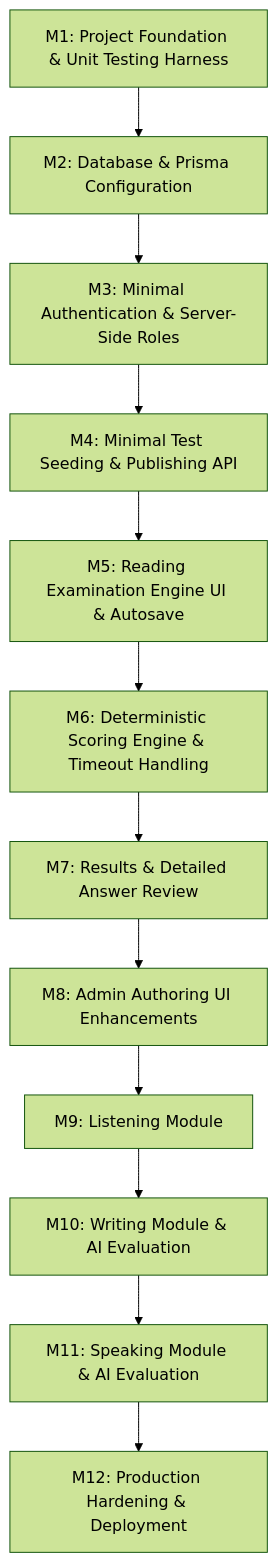
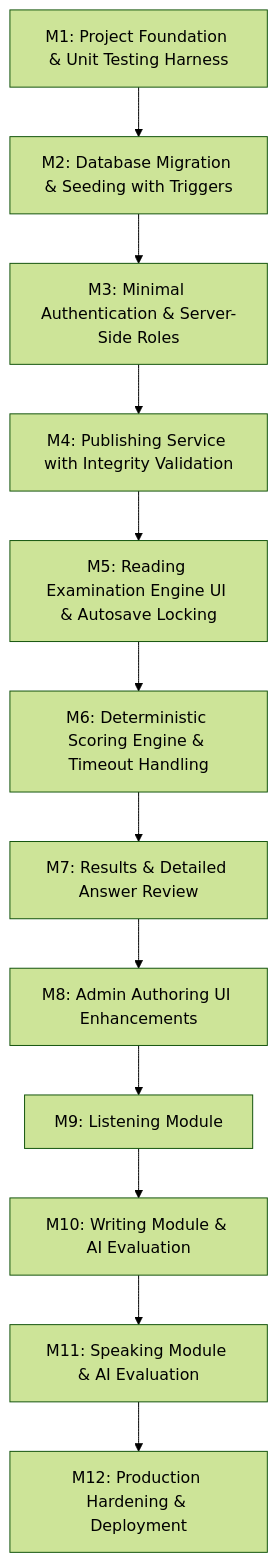
One commit to Md-Nur/IELTS-Bangla changed the diagram in docs/IMPLEMENTATION_PLAN.md. Above: the diagram before and after it, drawn with Mermaid (forest theme). The commit also changed other lines of this file and 11 other files, not shown here.

Commit message:
feat: add Prisma schema for IELTS exam platform

````diff
--- a/docs/IMPLEMENTATION_PLAN.md
+++ b/docs/IMPLEMENTATION_PLAN.md
@@ -15,14 +15,14 @@
 ```mermaid
 flowchart TD
-    M1[M1: Project Foundation & Unit Testing Harness] --> M2[M2: Database & Prisma Configuration]
+    M1[M1: Project Foundation & Unit Testing Harness] --> M2[M2: Database Migration & Seeding with Triggers]
     M2 --> M3[M3: Minimal Authentication & Server-Side Roles]
-    M3 --> M4[M4: Minimal Test Seeding & Publishing API]
-    M4 --> M5[M5: Reading Examination Engine UI & Autosave]
+    M3 --> M4[M4: Publishing Service with Integrity Validation]
+    M4 --> M5[M5: Reading Examination Engine UI & Autosave Locking]
     M5 --> M6[M6: Deterministic Scoring Engine & Timeout Handling]
     M6 --> M7[M7: Results & Detailed Answer Review]
     M7 --> M8[M8: Admin Authoring UI Enhancements]
     M8 --> M9[M9: Listening Module]
     M9 --> M10[M10: Writing Module & AI Evaluation]
     M10 --> M11[M11: Speaking Module & AI Evaluation]
     M11 --> M12[M12: Production Hardening & Deployment]
 ```
````
